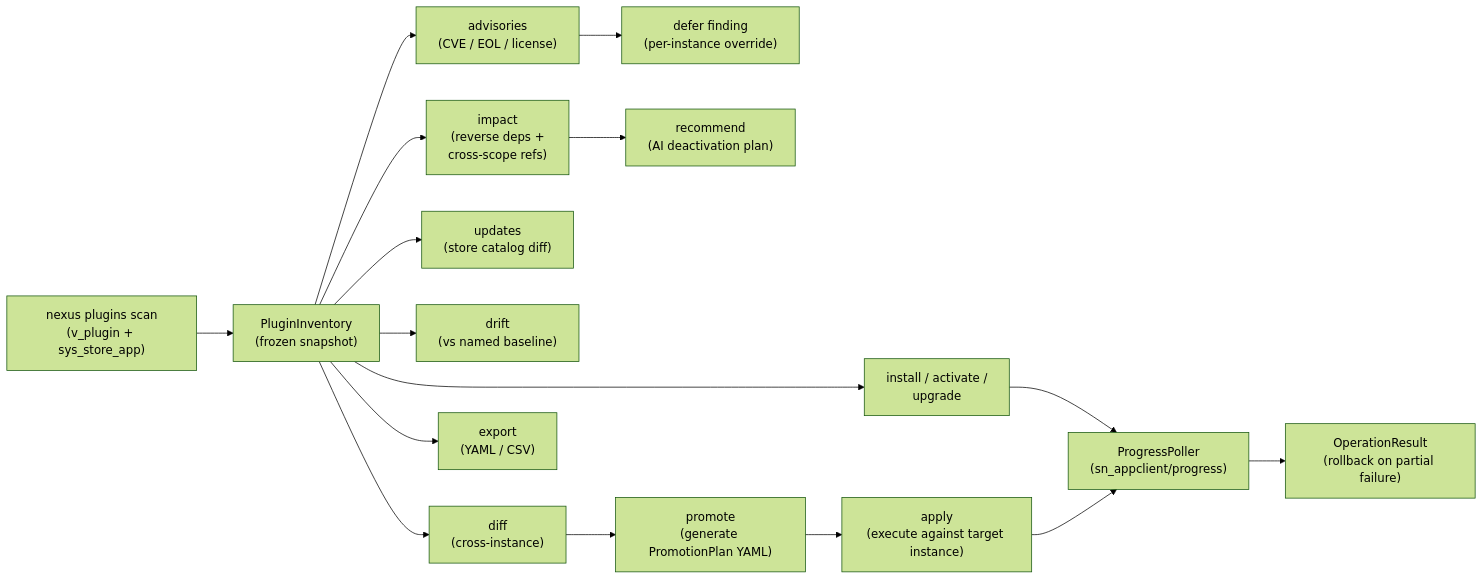
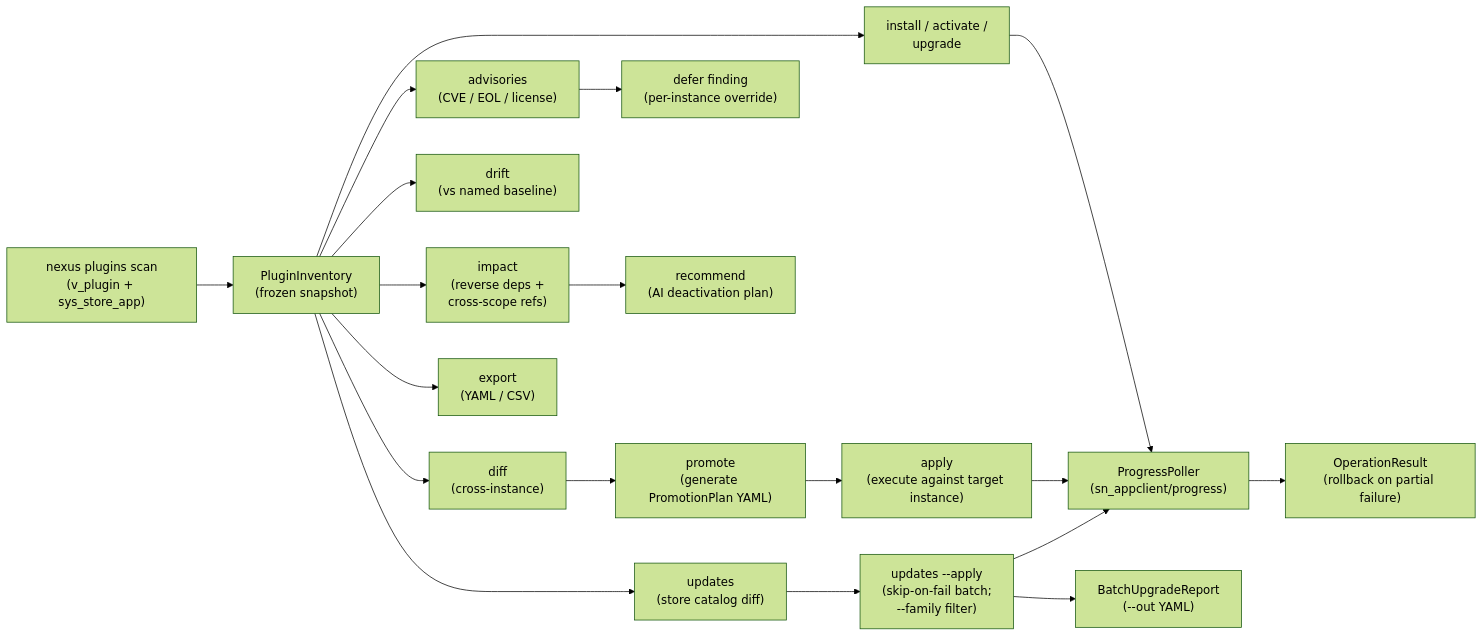
One commit to pierregrothe/nexus-sn changed the third of 3 diagrams in README.md. Above: the diagram before and after it, drawn with Mermaid (forest theme). The commit also changed other lines of this file and 3 other files, not shown here.

First line of the commit message:
primer: sync after batch upgrade + governance ADRs landed

````diff
--- a/README.md
+++ b/README.md
@@ -143,19 +143,22 @@
 ```mermaid
 flowchart LR
     scan["nexus plugins scan\n(v_plugin + sys_store_app)"]
     --> inv["PluginInventory\n(frozen snapshot)"]
     inv --> adv["advisories\n(CVE / EOL / license)"]
     inv --> imp["impact\n(reverse deps +\ncross-scope refs)"]
     inv --> upd["updates\n(store catalog diff)"]
     inv --> drift["drift\n(vs named baseline)"]
     inv --> diff["diff\n(cross-instance)"]
     adv --> defer["defer finding\n(per-instance override)"]
     imp --> rec["recommend\n(AI deactivation plan)"]
     inv --> export["export\n(YAML / CSV)"]
     diff --> promote["promote\n(generate PromotionPlan YAML)"]
     promote --> apply["apply\n(execute against target instance)"]
     inv --> exec["install / activate /\nupgrade"]
+    upd --> batch["updates --apply\n(skip-on-fail batch;\n--family filter)"]
     exec --> poll["ProgressPoller\n(sn_appclient/progress)"]
     apply --> poll
+    batch --> poll
     poll --> result["OperationResult\n(rollback on partial failure)"]
+    batch --> report["BatchUpgradeReport\n(--out YAML)"]
 ```
````
